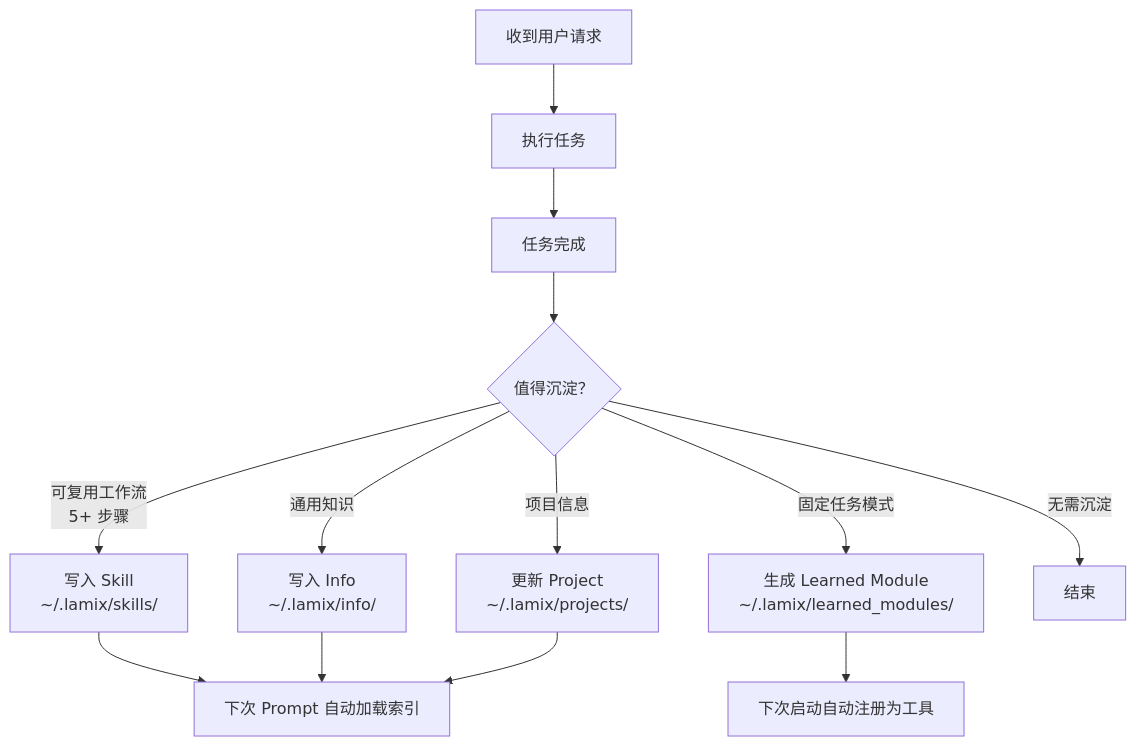
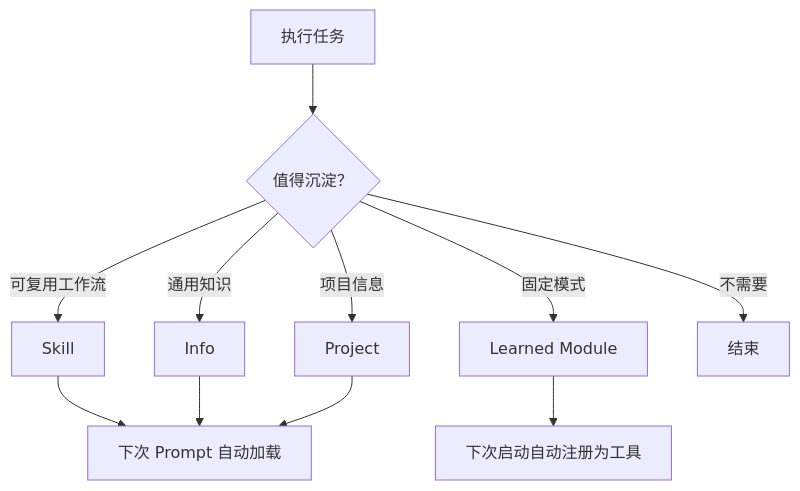
One commit to lampsonSong/lampson changed the second of 2 diagrams in README.md. Above: the diagram before and after it, drawn with Mermaid. The commit also changed other lines of this file, not shown here.

Commit message:
docs: restructure README - move motivation first, collapse architecture, simplify diagrams

````diff
--- a/README.md
+++ b/README.md
@@ -119,17 +47,11 @@
 ```mermaid
 graph TB
-    INPUT[收到用户请求] --> EXEC[执行任务]
-    EXEC --> RESULT[任务完成]
-    RESULT --> JUDGE{值得沉淀？}
-
-    JUDGE -->|可复用工作流<br/>5+ 步骤| SKILL[写入 Skill<br/>~/.lamix/skills/]
-    JUDGE -->|通用知识| INFO[写入 Info<br/>~/.lamix/info/]
-    JUDGE -->|项目信息| PROJ[更新 Project<br/>~/.lamix/projects/]
-    JUDGE -->|固定任务模式| CODE[生成 Learned Module<br/>~/.lamix/learned_modules/]
-    JUDGE -->|无需沉淀| END[结束]
-
-    SKILL --> RELOAD[下次 Prompt 自动加载索引]
-    INFO --> RELOAD
-    PROJ --> RELOAD
+    EXEC[执行任务] --> JUDGE{值得沉淀？}
+    JUDGE -->|可复用工作流| SKILL[Skill]
+    JUDGE -->|通用知识| INFO[Info]
+    JUDGE -->|项目信息| PROJ[Project]
+    JUDGE -->|固定模式| CODE[Learned Module]
+    JUDGE -->|不需要| END[结束]
+    SKILL & INFO & PROJ --> RELOAD[下次 Prompt 自动加载]
     CODE --> REG[下次启动自动注册为工具]
 ```
````
